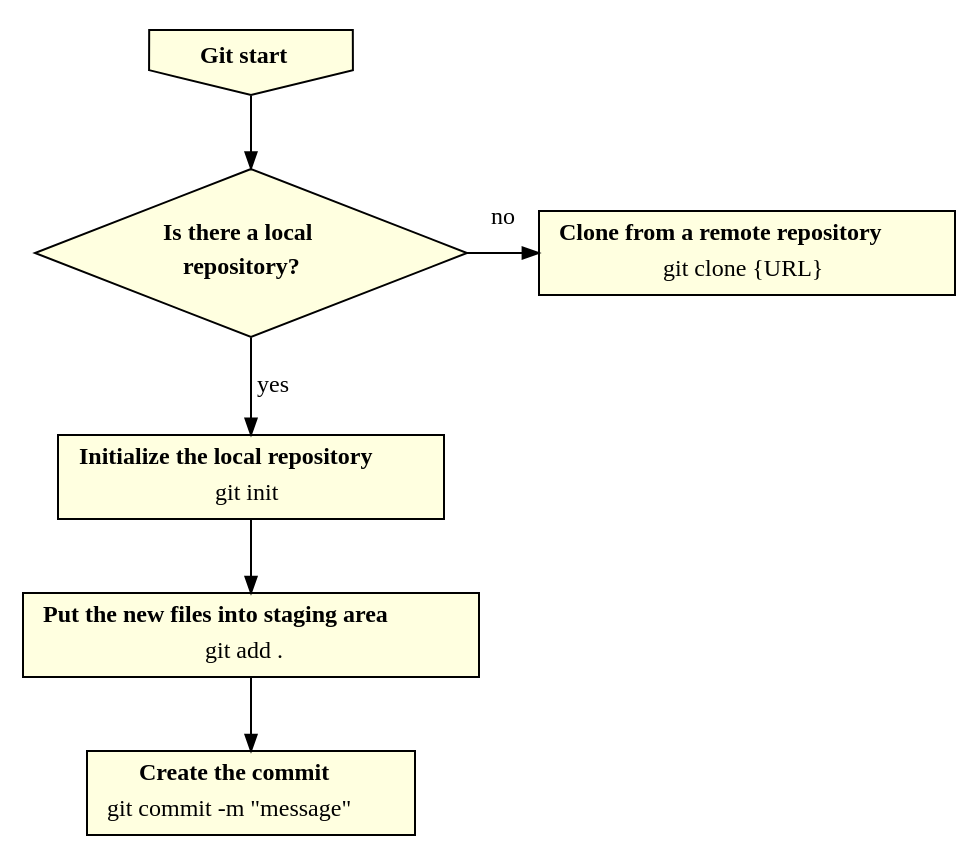
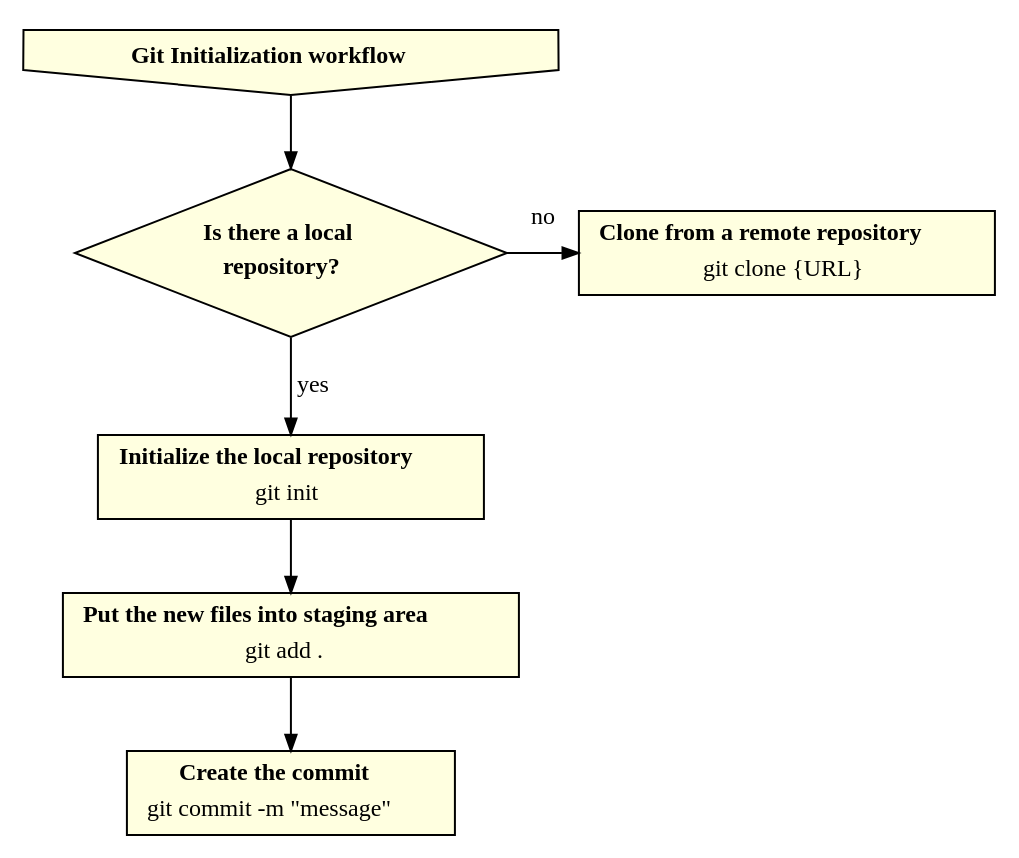
The diagram in flowchart/init-workflow.gv (fabriciofx/gitflowchart), drawn with Graphviz before and after one commit. The commit also changed 1 other file, not shown here.

Commit message:
init workflow node description changed

```diff
--- a/flowchart/init-workflow.gv
+++ b/flowchart/init-workflow.gv
@@ -1,78 +1,78 @@
 digraph initworkflow {
     splines = line;
 
     edge [
         arrowsize = 0.8,
         fontname = "Verdana",
         fontsize = 12
     ]
 
     node [
         shape = rect,
         style = filled,
         fillcolor = lightyellow,
         fontname = "Verdana",
         fontsize = 12
     ]
 
     // workflow
     init [
         shape = invhouse,
-        label = <<b>Git start</b>>
+        label = <<b>Git Initialization workflow</b>>
     ]
 
     // decisions
     local_repository [
         shape = diamond,
         label = <
             <table border="0" cellborder="0" cellspacing="0">
             <tr><td><b>Is there a local</b></td></tr>
             <tr><td><b>repository?</b></td></tr>
             </table>
         >
     ]
 
     // commands
     git_init [
         label = <
             <table border="0" cellborder="0" cellspacing="0">
             <tr><td><b>Initialize the local repository</b></td></tr>
             <tr><td>git init</td></tr>
             </table>
         >
     ]
     git_add [
         label = <
             <table border="0" cellborder="0" cellspacing="0">
             <tr><td><b>Put the new files into staging area</b></td></tr>
             <tr><td>git add .</td></tr>
             </table>
         >
     ]
     git_commit [
         label = <
             <table border="0" cellborder="0" cellspacing="0">
             <tr><td><b>Create the commit</b></td></tr>
             <tr><td>git commit -m "message"</td></tr>
             </table>
         >
     ]
     git_clone [
         label = <
             <table border="0" cellborder="0" cellspacing="0">
             <tr><td><b>Clone from a remote repository</b></td></tr>
             <tr><td>git clone {URL}</td></tr>
             </table>
         >
     ]
 
     // relations
     init -> local_repository
     local_repository -> git_init [label = " yes"]
     local_repository:e -> git_clone [label = "no", constraint = false]
     git_init -> git_add
     git_add -> git_commit
 
     // put local_repository and git_clone in the same row
     {rank = same; local_repository; git_clone; }
 }
```
